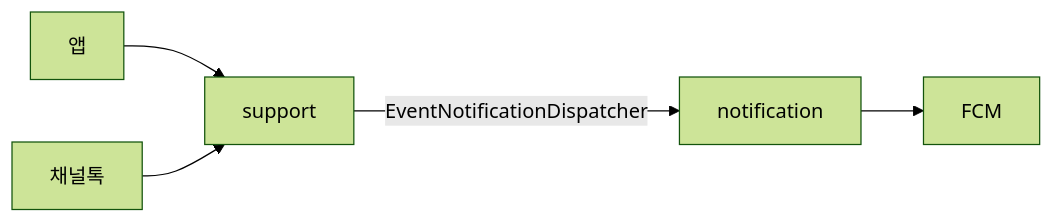
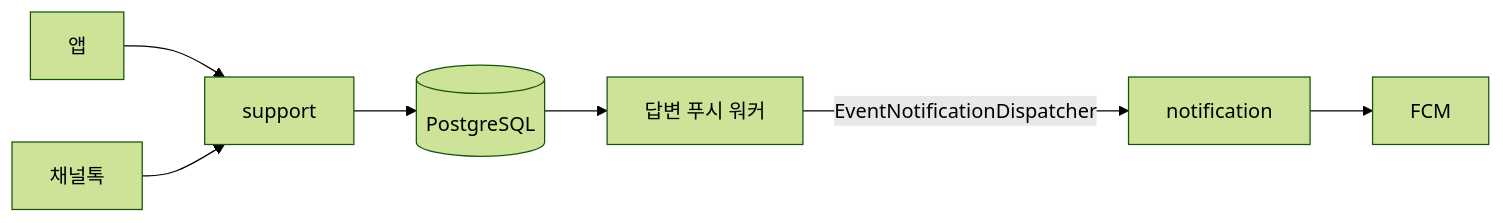
One commit to DaeSaBu/meongcoach-BE changed the first of 2 diagrams in docs/support.md. Above: the diagram before and after it, drawn with Mermaid (forest theme). The commit also changed other lines of this file and 2 other files, not shown here.

Commit message:
docs(support): 답변 푸시 재시도와 보관 정책 안내

````diff
--- a/docs/support.md
+++ b/docs/support.md
@@ -6,7 +6,9 @@
 ```mermaid
 flowchart LR
     App[앱] --> Support[support]
     Channel[채널톡] --> Support
-    Support -->|EventNotificationDispatcher| Notification[notification]
+    Support --> DB[(PostgreSQL)]
+    DB --> Worker[답변 푸시 워커]
+    Worker -->|EventNotificationDispatcher| Notification[notification]
     Notification --> FCM
 ```
````
